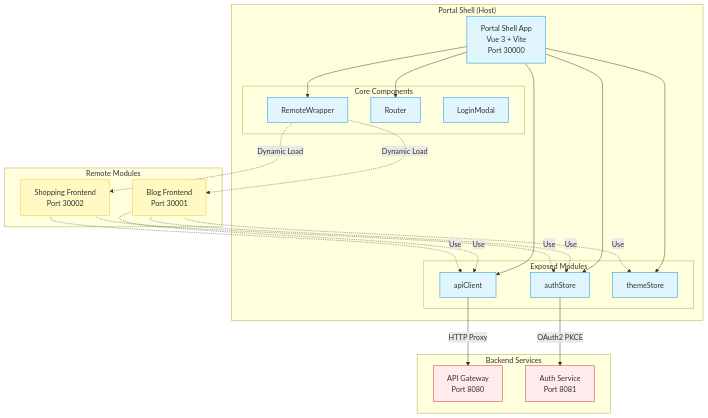
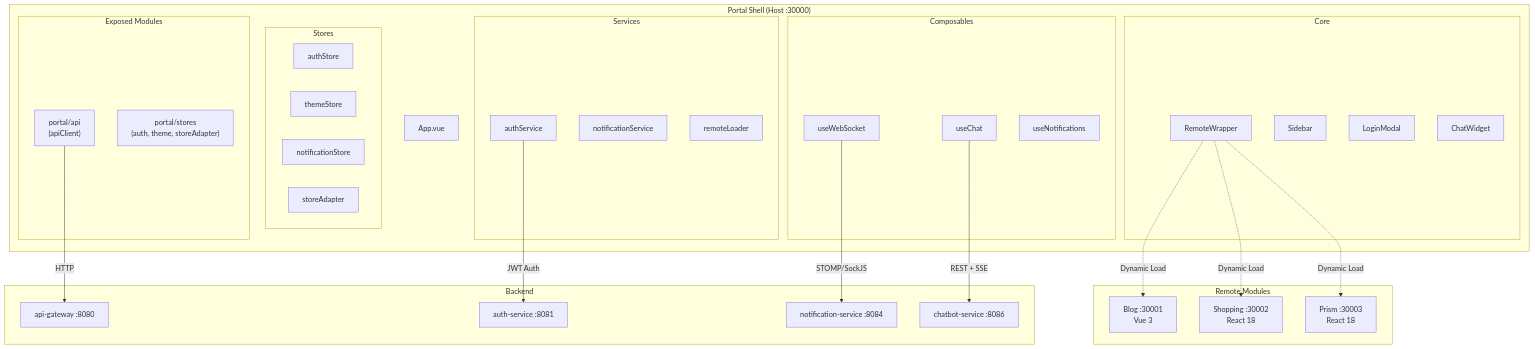
One commit to L-a-z-e/portal-universe changed the first of 2 diagrams in docs/architecture/portal-shell/system-overview.md. Above: the diagram before and after it, drawn with Mermaid. The commit also changed other lines of this file and 5 other files, not shown here.

First line of the commit message:
docs(architecture): rewrite portal-shell docs to match actual codebase

````diff
--- a/docs/architecture/portal-shell/system-overview.md
+++ b/docs/architecture/portal-shell/system-overview.md
@@ -35,55 +34,59 @@
 ```mermaid
 graph TB
-    subgraph "Portal Shell (Host)"
-        PS[Portal Shell App<br/>Vue 3 + Vite<br/>Port 30000]
+    subgraph "Portal Shell (Host :30000)"
+        PS[App.vue]
+
+        subgraph "Core"
+            RW[RemoteWrapper]
+            SIDE[Sidebar]
+            LM[LoginModal]
+            CHAT[ChatWidget]
+        end
 
         subgraph "Exposed Modules"
-            API[apiClient]
+            EAPI["portal/api<br/>(apiClient)"]
+            ESTORE["portal/stores<br/>(auth, theme, storeAdapter)"]
+        end
+
+        subgraph "Stores"
             AUTH[authStore]
             THEME[themeStore]
+            NOTIF[notificationStore]
+            SA[storeAdapter]
         end
 
-        subgraph "Core Components"
-            RW[RemoteWrapper]
-            RR[Router]
-            LOGIN[LoginModal]
+        subgraph "Services"
+            AS[authService]
+            NS[notificationService]
+            RL[remoteLoader]
         end
 
-        PS --> API
-        PS --> AUTH
-        PS --> THEME
-        PS --> RW
-        PS --> RR
+        subgraph "Composables"
+            WS[useWebSocket]
+            UC[useChat]
+            UN[useNotifications]
+        end
     end
 
     subgraph "Remote Modules"
-        BLOG[Blog Frontend<br/>Port 30001]
-        SHOP[Shopping Frontend<br/>Port 30002]
+        BLOG[Blog :30001<br/>Vue 3]
+        SHOP[Shopping :30002<br/>React 18]
+        PRISM[Prism :30003<br/>React 18]
     end
 
-    subgraph "Backend Services"
-        GW[API Gateway<br/>Port 8080]
-        AS[Auth Service<br/>Port 8081]
+    subgraph "Backend"
+        GW[api-gateway :8080]
+        AUTHBE[auth-service :8081]
+        NOTIFBE[notification-service :8084]
+        CHATBE[chatbot-service :8086]
     end
 
     RW -.->|Dynamic Load| BLOG
     RW -.->|Dynamic Load| SHOP
+    RW -.->|Dynamic Load| PRISM
 
-    BLOG -.->|Use| API
-    BLOG -.->|Use| AUTH
-    BLOG -.->|Use| THEME
-
-    SHOP -.->|Use| API
-    SHOP -.->|Use| AUTH
-
-    API -->|HTTP Proxy| GW
-    AUTH -->|OAuth2 PKCE| AS
-
-    classDef host fill:#e1f5ff,stroke:#0288d1
-    classDef remote fill:#fff9c4,stroke:#fbc02d
-    classDef backend fill:#ffebee,stroke:#c62828
-
-    class PS,API,AUTH,THEME,RW,RR,LOGIN host
-    class BLOG,SHOP remote
-    class GW,AS backend
+    EAPI -->|HTTP| GW
+    AS -->|JWT Auth| AUTHBE
+    WS -->|STOMP/SockJS| NOTIFBE
+    UC -->|REST + SSE| CHATBE
 ```
````
